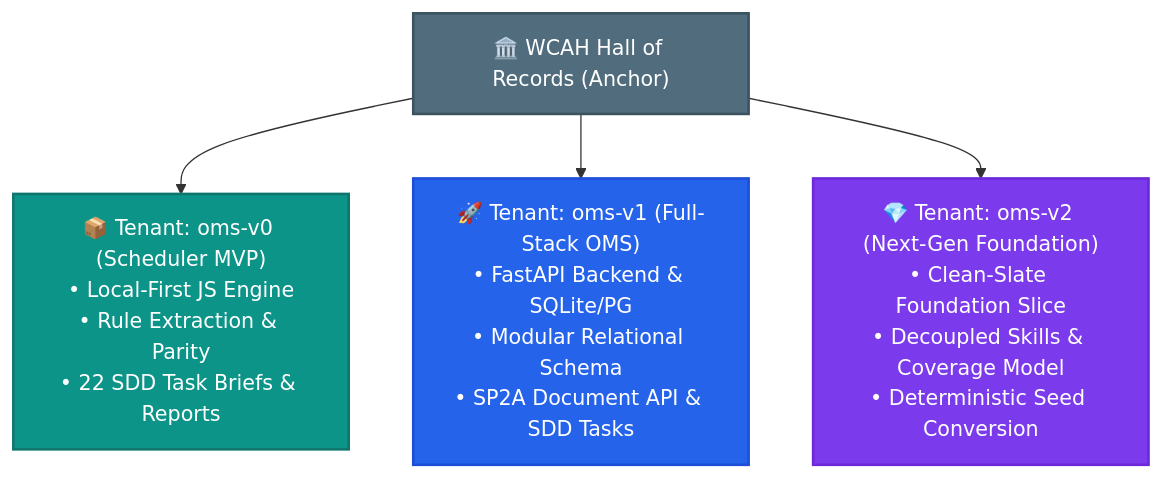
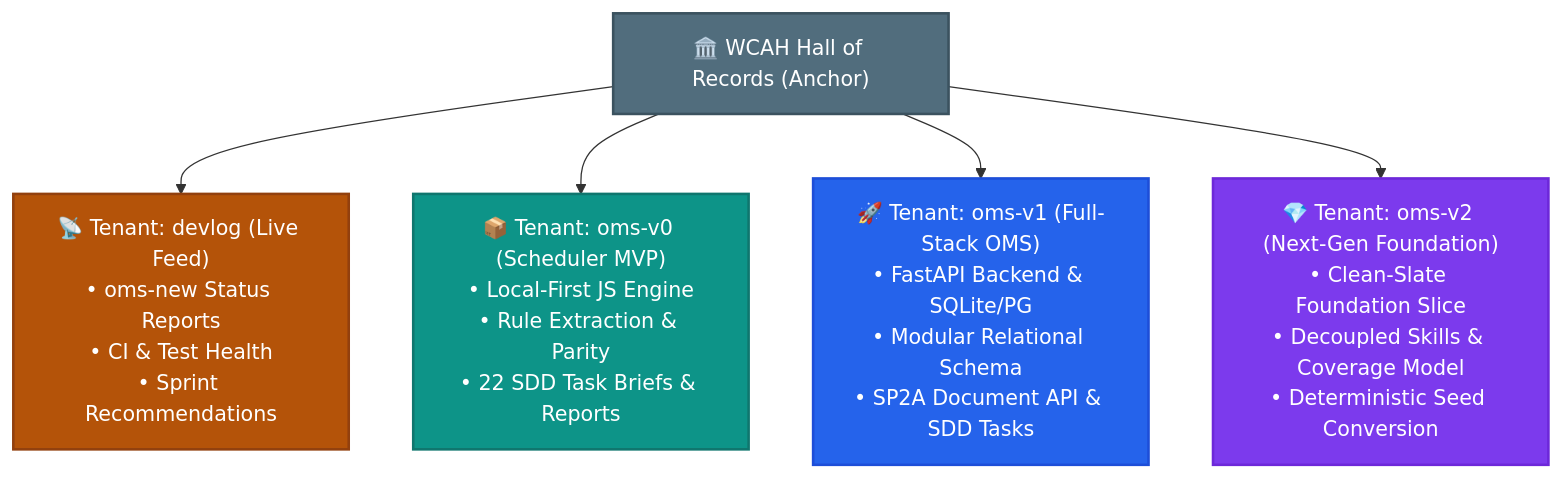
The diagram in tenants/wcah/content/welcome.md (Standard-Pentest/wcah-oms-library), drawn with Mermaid before and after one commit. The commit also changed other lines of this file and 11 other files, not shown here.

Commit message:
feat: add a rolling devlog tenant for oms-new status reports.

````diff
--- a/tenants/wcah/content/welcome.md
+++ b/tenants/wcah/content/welcome.md
@@ -14,13 +20,15 @@
 ```mermaid
 graph TD
     classDef anchor fill:#516d7d,stroke:#3b525f,stroke-width:2px,color:#fff;
+    classDef devlog fill:#b45309,stroke:#92400e,stroke-width:2px,color:#fff;
     classDef v0 fill:#0d9488,stroke:#0f766e,stroke-width:2px,color:#fff;
     classDef v1 fill:#2563eb,stroke:#1d4ed8,stroke-width:2px,color:#fff;
     classDef v2 fill:#7c3aed,stroke:#6d28d9,stroke-width:2px,color:#fff;
 
     Anchor["🏛️ WCAH Hall of Records (Anchor)"]:::anchor
 
+    Anchor --> Devlog["📡 Tenant: devlog (Live Feed)<br/>• oms-new Status Reports<br/>• CI & Test Health<br/>• Sprint Recommendations"]:::devlog
     Anchor --> V0["📦 Tenant: oms-v0 (Scheduler MVP)<br/>• Local-First JS Engine<br/>• Rule Extraction & Parity<br/>• 22 SDD Task Briefs & Reports"]:::v0
     Anchor --> V1["🚀 Tenant: oms-v1 (Full-Stack OMS)<br/>• FastAPI Backend & SQLite/PG<br/>• Modular Relational Schema<br/>• SP2A Document API & SDD Tasks"]:::v1
     Anchor --> V2["💎 Tenant: oms-v2 (Next-Gen Foundation)<br/>• Clean-Slate Foundation Slice<br/>• Decoupled Skills & Coverage Model<br/>• Deterministic Seed Conversion"]:::v2
 ```
````
